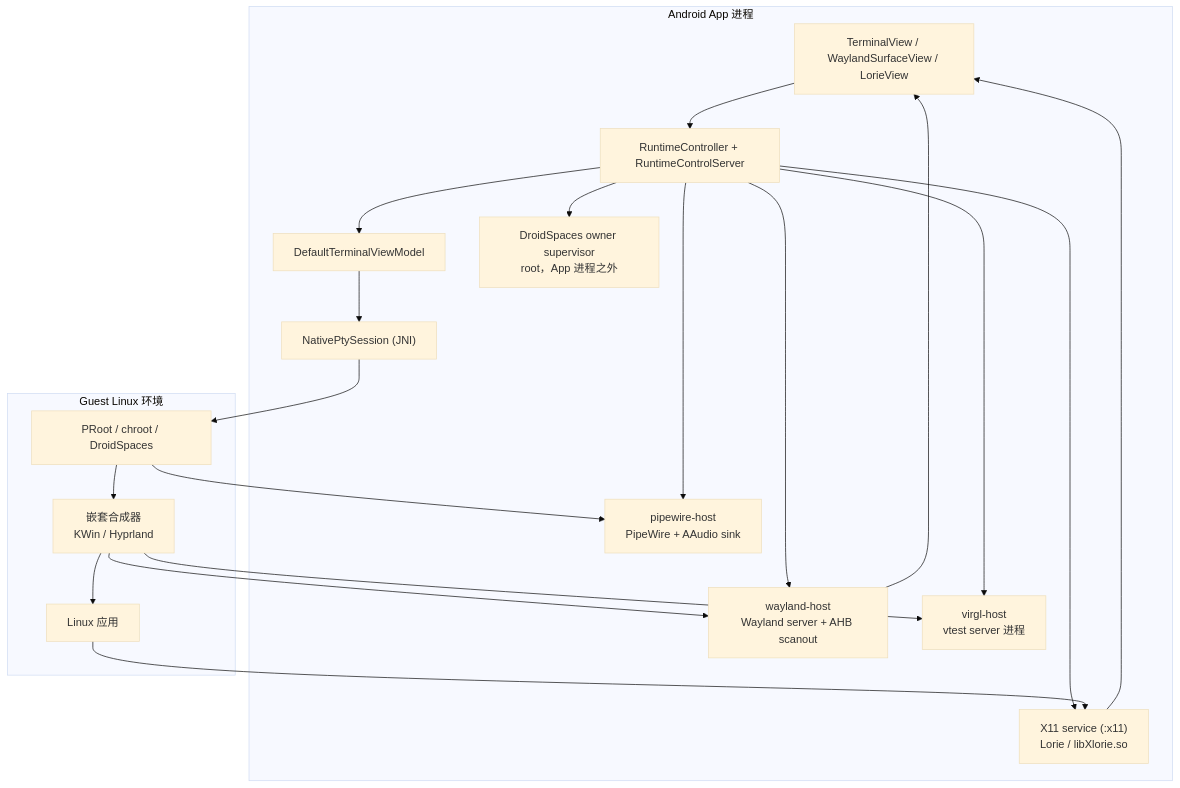
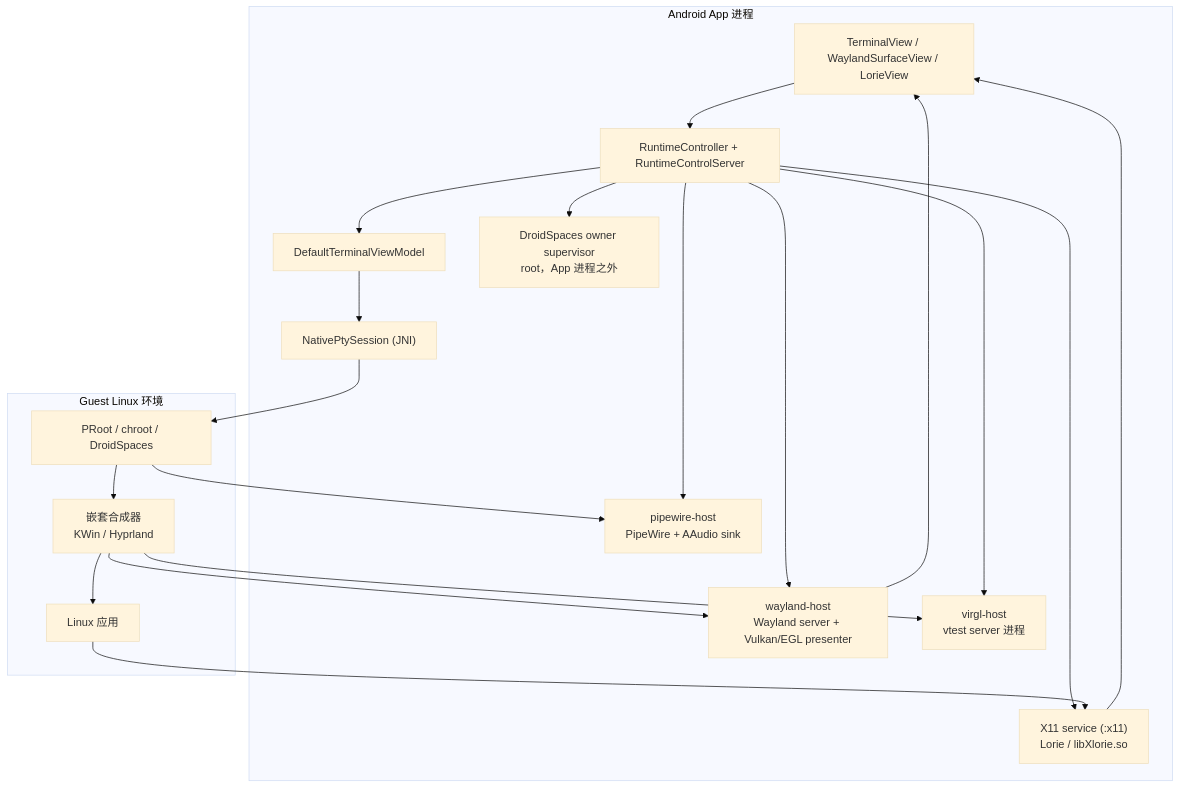
The first of 2 diagrams in docs/architecture.zh-CN.md (Beauty114514/trierarch-app), drawn with Mermaid (base theme) before and after one commit. The commit also changed other lines of this file and 1 other file, not shown here.

Commit message:
docs(architecture): describe the current Wayland renderer - replace AHB scanout with the Vulkan/EGL presenter - document dma-buf import, scene composition, pre-rotation and fences - note the guest compositor acquire-fence limitation

````diff
--- a/docs/architecture.zh-CN.md
+++ b/docs/architecture.zh-CN.md
@@ -13,40 +13,40 @@
 ```mermaid
 flowchart TB
     subgraph Android["Android App 进程"]
         UI["TerminalView / WaylandSurfaceView / LorieView"]
         RC["RuntimeController + RuntimeControlServer"]
         VM["DefaultTerminalViewModel"]
         PTY["NativePtySession (JNI)"]
-        WH["wayland-host<br/>Wayland server + AHB scanout"]
+        WH["wayland-host<br/>Wayland server + Vulkan/EGL presenter"]
         X11["X11 service (:x11)<br/>Lorie / libXlorie.so"]
         VH["virgl-host<br/>vtest server 进程"]
         PH["pipewire-host<br/>PipeWire + AAudio sink"]
         DS["DroidSpaces owner supervisor<br/>root，App 进程之外"]
     end
 
     subgraph Guest["Guest Linux 环境"]
         RT["PRoot / chroot / DroidSpaces"]
         COMP["嵌套合成器<br/>KWin / Hyprland"]
         APP["Linux 应用"]
     end
 
     UI --> RC
     RC --> VM
     VM --> PTY
     PTY --> RT
     RC --> WH
     RC --> X11
     RC --> VH
     RC --> PH
     RC --> DS
 
     RT --> COMP
     COMP --> APP
     COMP --> WH
     APP --> X11
     COMP --> VH
     RT --> PH
 
     WH --> UI
     X11 --> UI
 ```
````
